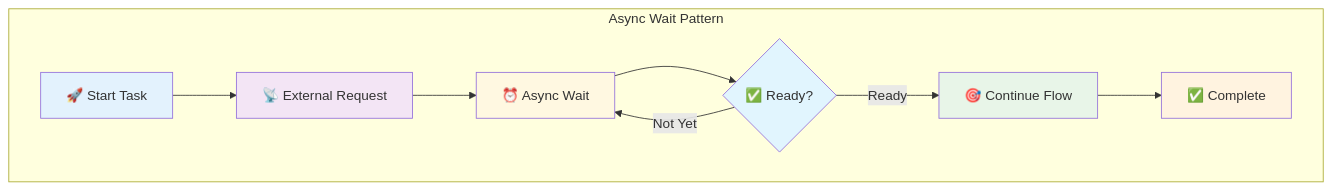
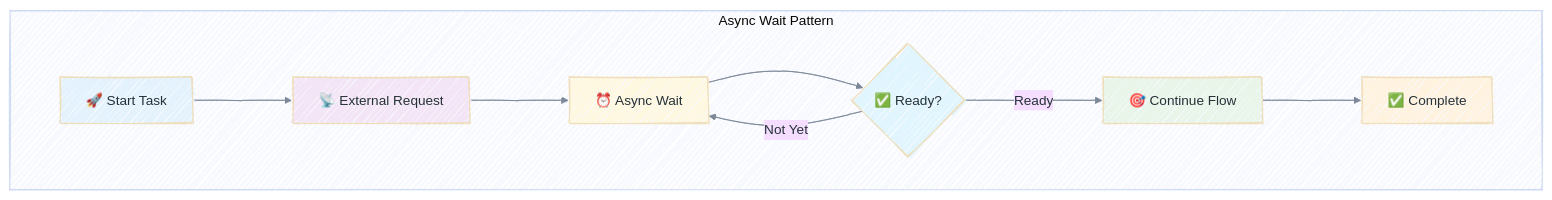
Diagram 11 of 18 in _posts/2025-07-17-pocket-flow-llm-graph-framework.md (enogrob/enogrob.github.io), drawn with Mermaid before and after one commit. The commit also changed other lines of this file and 12 other files, not shown here.

````diff
--- a/_posts/2025-07-17-pocket-flow-llm-graph-framework.md
+++ b/_posts/2025-07-17-pocket-flow-llm-graph-framework.md
@@ -451,18 +461,19 @@
 ```mermaid!
-graph 
+%%{init: {"theme": "base", "look": "handDrawn", "themeVariables": {"fontFamily": "ui-sans-serif, system-ui, sans-serif", "lineColor": "#7c8798", "primaryTextColor": "#263238"}, "flowchart": {"nodeSpacing": 55, "rankSpacing": 90}}}%%
+flowchart TD
     subgraph "Async Wait Pattern"
         A["🚀 Start Task"] --> B["📡 External Request"]
         B --> C["⏰ Async Wait"]
         C --> D{"✅ Ready?"}
         D -->|Not Yet| C
         D -->|Ready| E["🎯 Continue Flow"]
         E --> F["✅ Complete"]
     end
     
     style A fill:#e3f2fd
     style B fill:#f3e5f5
     style C fill:#fff8e1
     style D fill:#e1f5fe
     style E fill:#e8f5e8
     style F fill:#fff3e0
 ```
````
